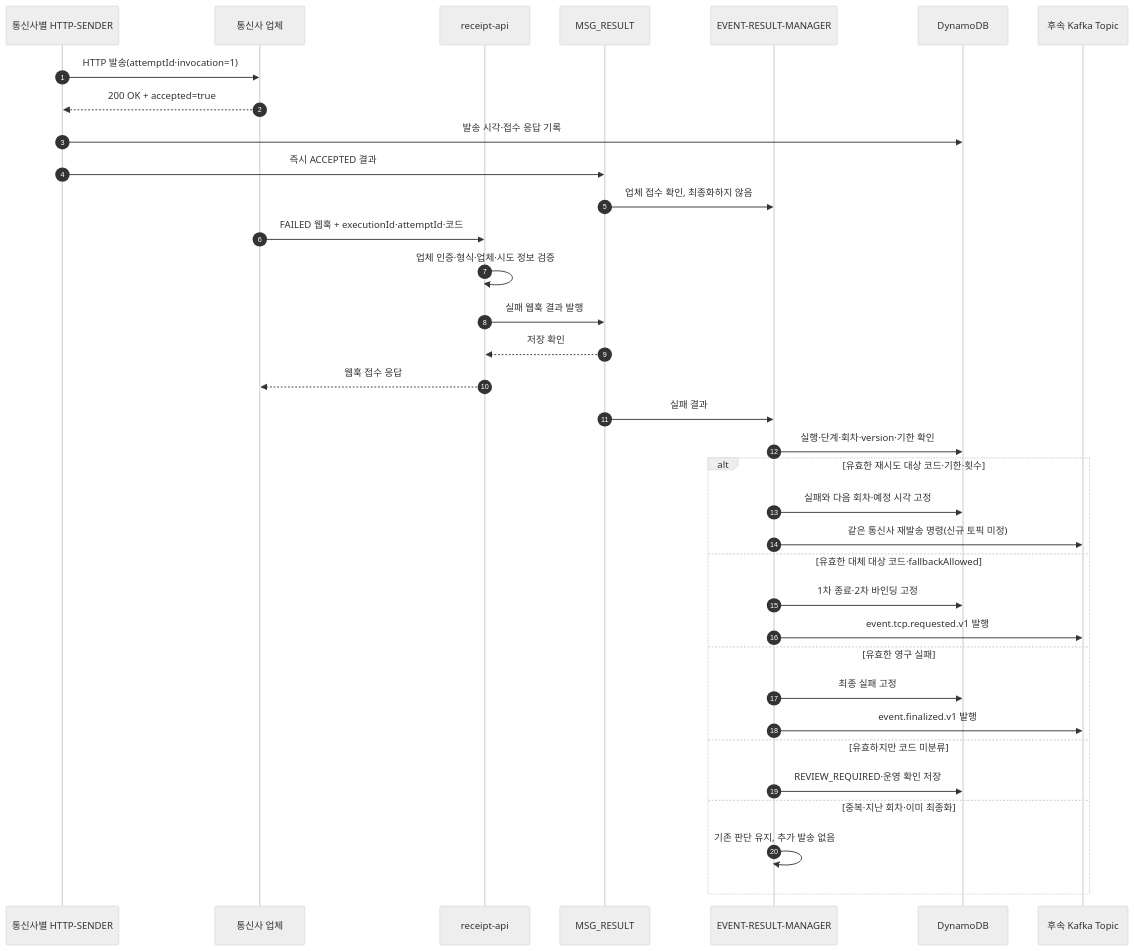
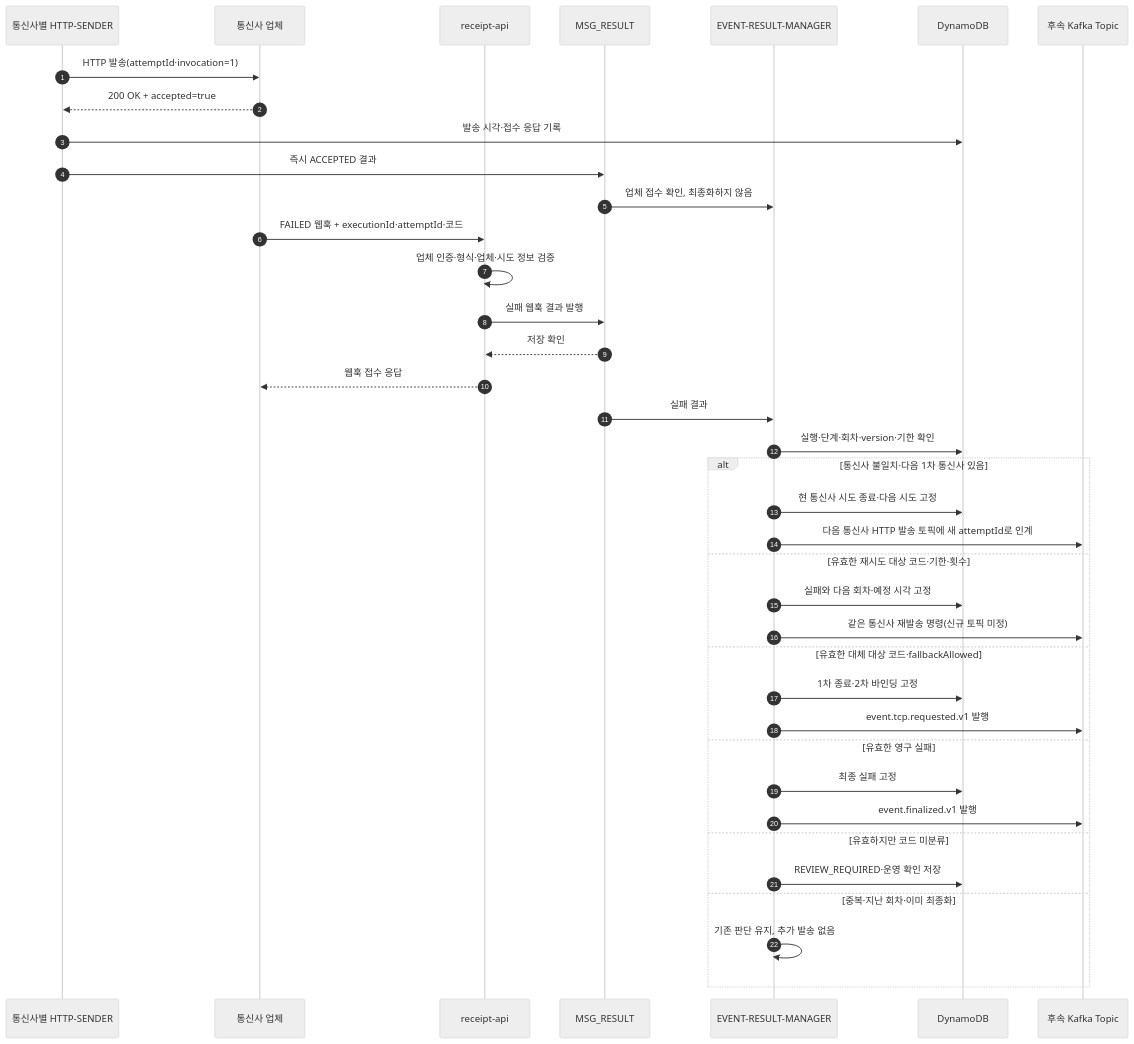
Before and after one commit to hyun-seung/High-throughput-event-platform: the seventh of 10 diagrams in docs/53-신규-이벤트-케이스별-Call-Flow.md, drawn with Mermaid (neutral theme). The commit also changed other lines of this file and 2 other files, not shown here.

Commit message:
전화번호 매핑 누락 시 통신사 탐색 정의

````diff
--- a/docs/53-신규-이벤트-케이스별-Call-Flow.md
+++ b/docs/53-신규-이벤트-케이스별-Call-Flow.md
@@ -181,37 +210,40 @@
 ```mermaid
 sequenceDiagram
     autonumber
     participant S as 통신사별 HTTP-SENDER
     participant P as 통신사 업체
     participant W as receipt-api
     participant K as MSG_RESULT
     participant M as EVENT-RESULT-MANAGER
     participant D as DynamoDB
     participant T as 후속 Kafka Topic
     S->>P: HTTP 발송(attemptId·invocation=1)
     P-->>S: 200 OK + accepted=true
     S->>D: 발송 시각·접수 응답 기록
     S->>K: 즉시 ACCEPTED 결과
     K->>M: 업체 접수 확인, 최종화하지 않음
     P->>W: FAILED 웹훅 + executionId·attemptId·코드
     W->>W: 업체 인증·형식·업체·시도 정보 검증
     W->>K: 실패 웹훅 결과 발행
     K-->>W: 저장 확인
     W-->>P: 웹훅 접수 응답
     K->>M: 실패 결과
     M->>D: 실행·단계·회차·version·기한 확인
-    alt 유효한 재시도 대상 코드·기한·횟수
+    alt 통신사 불일치·다음 1차 통신사 있음
+        M->>D: 현 통신사 시도 종료·다음 시도 고정
+        M->>T: 다음 통신사 HTTP 발송 토픽에 새 attemptId로 인계
+    else 유효한 재시도 대상 코드·기한·횟수
         M->>D: 실패와 다음 회차·예정 시각 고정
         M->>T: 같은 통신사 재발송 명령(신규 토픽 미정)
     else 유효한 대체 대상 코드·fallbackAllowed
         M->>D: 1차 종료·2차 바인딩 고정
         M->>T: event.tcp.requested.v1 발행
     else 유효한 영구 실패
         M->>D: 최종 실패 고정
         M->>T: event.finalized.v1 발행
     else 유효하지만 코드 미분류
         M->>D: REVIEW_REQUIRED·운영 확인 저장
     else 중복·지난 회차·이미 최종화
         M->>M: 기존 판단 유지, 추가 발송 없음
     end
 ```
````
